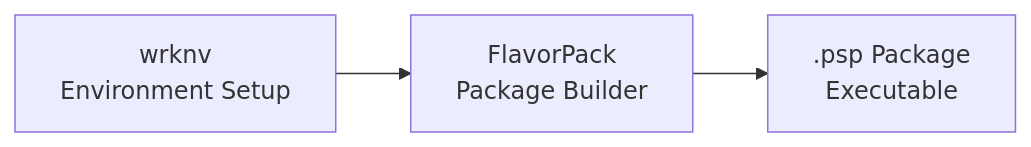
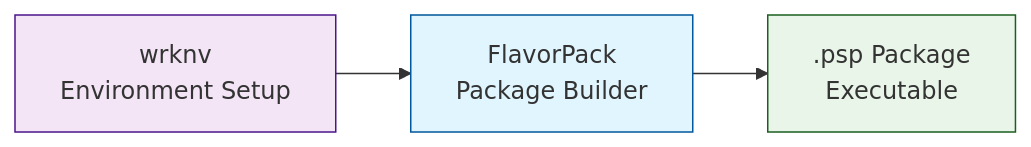
The diagram in docs/guide/integration/wrknv.md (provide-io/flavorpack), drawn with Mermaid before and after one commit. The commit also changed other lines of this file and 464 other files, not shown here.

````diff
--- a/docs/guide/integration/wrknv.md
+++ b/docs/guide/integration/wrknv.md
@@ -9,5 +14,13 @@
 ```mermaid
 graph LR
     WE[wrknv<br/>Environment Setup] --> FP[FlavorPack<br/>Package Builder]
     FP --> PKG[.psp Package<br/>Executable]
+
+    classDef wrknv fill:#f3e5f5,stroke:#4a148c
+    classDef flavor fill:#e1f5fe,stroke:#01579b
+    classDef output fill:#e8f5e8,stroke:#1b5e20
+
+    class WE wrknv
+    class FP flavor
+    class PKG output
 ```
````
